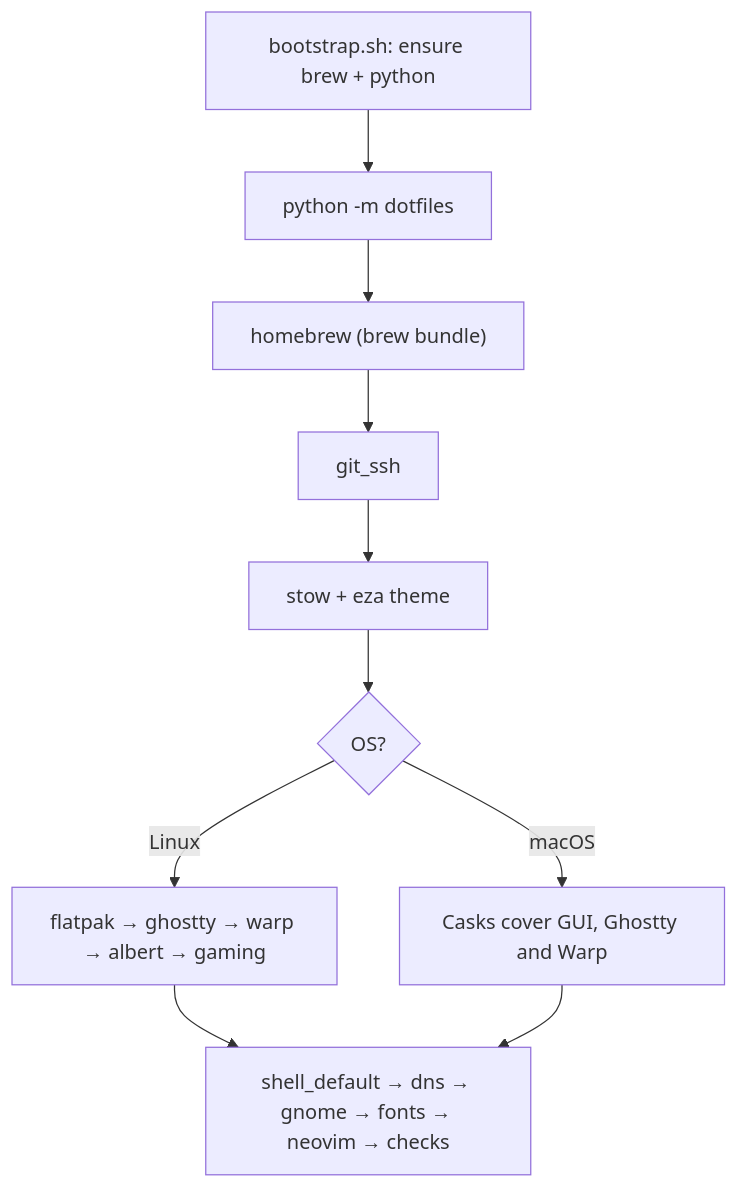
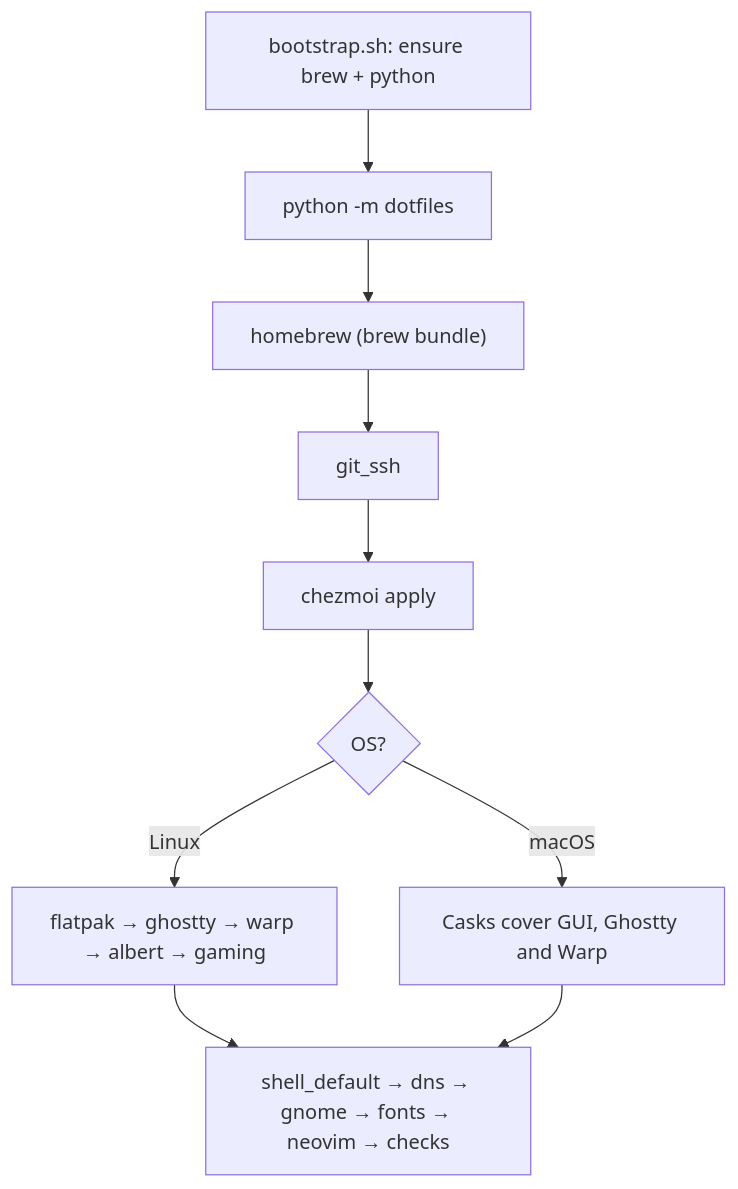
The diagram in readme.md (bourbonfgiles/dotfiles), drawn with Mermaid before and after one commit. The commit also changed other lines of this file and 84 other files, not shown here.

````diff
--- a/readme.md
+++ b/readme.md
@@ -52,10 +37,10 @@
 ```mermaid
 flowchart TD
   S[bootstrap.sh: ensure brew + python] --> M[python -m dotfiles]
-  M --> H["homebrew (brew bundle)"] --> G[git_ssh] --> ST[stow + eza theme]
-  ST --> D{OS?}
+  M --> H["homebrew (brew bundle)"] --> G[git_ssh] --> C[chezmoi apply]
+  C --> D{OS?}
   D -->|Linux| E[flatpak → ghostty → warp → albert → gaming]
   D -->|macOS| X[Casks cover GUI, Ghostty and Warp]
   E --> Z[shell_default → dns → gnome → fonts → neovim → checks]
   X --> Z
 ```
````
